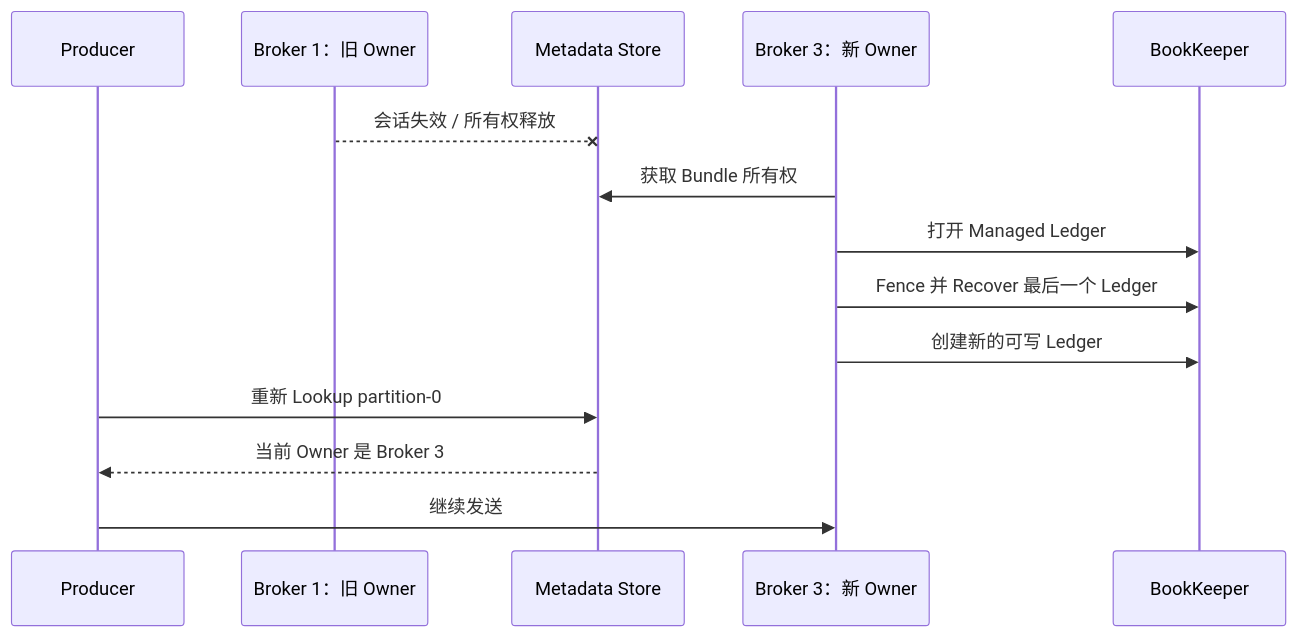
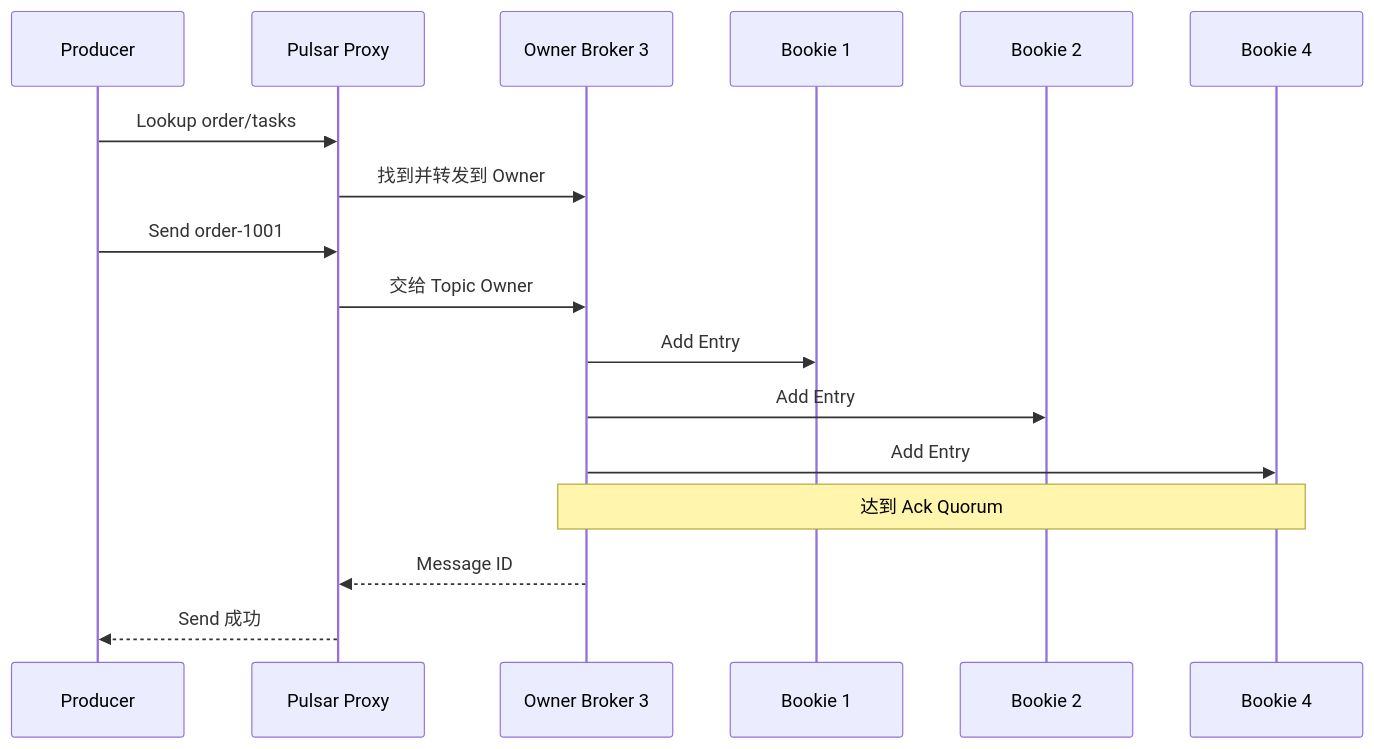
One commit to hotttao/backup changed the second of 3 diagrams in posts/microservices/queue/009_pulsar.md. Above: the diagram before and after it, drawn with Mermaid. The commit also changed other lines of this file and 6 other files, not shown here.

````diff
--- a/posts/microservices/queue/009_pulsar.md
+++ b/posts/microservices/queue/009_pulsar.md
@@ -525,17 +162,20 @@
 ```mermaid
 sequenceDiagram
     participant P as Producer
-    participant B1 as Broker 1：旧 Owner
-    participant MS as Metadata Store
-    participant B3 as Broker 3：新 Owner
-    participant BK as BookKeeper
+    participant PX as Pulsar Proxy
+    participant B as Owner Broker 3
+    participant K1 as Bookie 1
+    participant K2 as Bookie 2
+    participant K4 as Bookie 4
 
-    B1--xMS: 会话失效 / 所有权释放
-    B3->>MS: 获取 Bundle 所有权
-    B3->>BK: 打开 Managed Ledger
-    B3->>BK: Fence 并 Recover 最后一个 Ledger
-    B3->>BK: 创建新的可写 Ledger
-    P->>MS: 重新 Lookup partition-0
-    MS-->>P: 当前 Owner 是 Broker 3
-    P->>B3: 继续发送
+    P->>PX: Lookup order/tasks
+    PX->>B: 找到并转发到 Owner
+    P->>PX: Send order-1001
+    PX->>B: 交给 Topic Owner
+    B->>K1: Add Entry
+    B->>K2: Add Entry
+    B->>K4: Add Entry
+    Note over B,K4: 达到 Ack Quorum
+    B-->>PX: Message ID
+    PX-->>P: Send 成功
 ```
````
